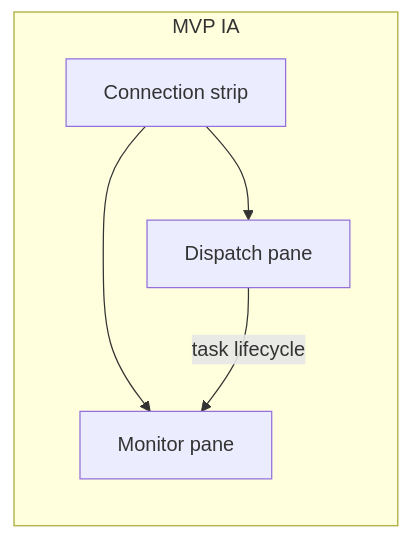
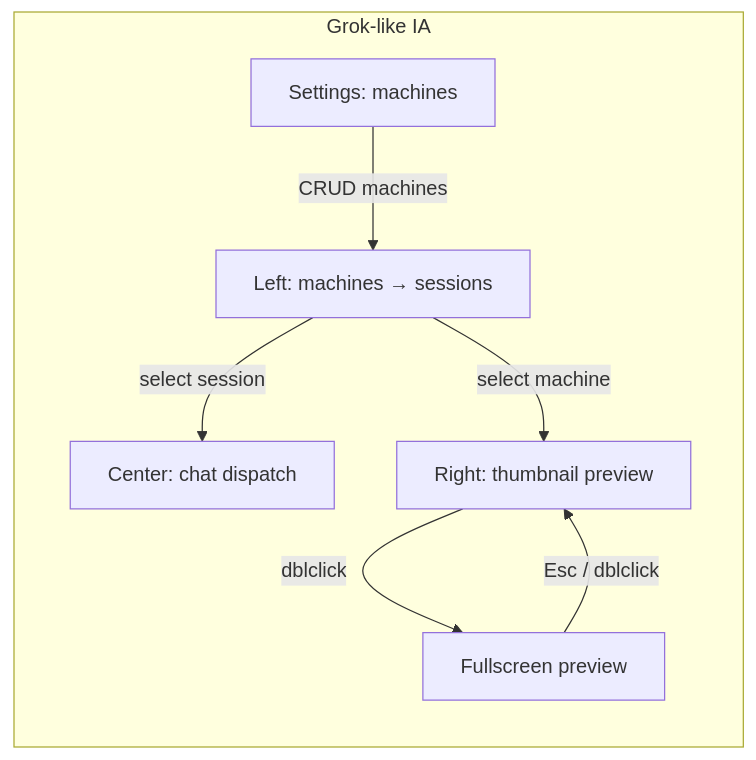
Before and after one commit to CooCoode/mob: the second of 3 diagrams in docs/apps-mob-ui.md, drawn with Mermaid. The commit also changed other lines of this file and 2 other files, not shown here.

First line of the commit message:
docs(apps/mob): Grok-like three-column IA

````diff
--- a/docs/apps-mob-ui.md
+++ b/docs/apps-mob-ui.md
@@ -84,11 +104,15 @@
 ```mermaid
 flowchart LR
-  subgraph ia [MVP IA]
-    C[Connection strip]
-    D[Dispatch pane]
-    M[Monitor pane]
+  subgraph ia [Grok-like IA]
+    L[Left: machines → sessions]
+    C[Center: chat dispatch]
+    R[Right: thumbnail preview]
+    S[Settings: machines]
+    F[Fullscreen preview]
   end
-  C --> D
-  C --> M
-  D -->|task lifecycle| M
+  L -->|select session| C
+  L -->|select machine| R
+  S -->|CRUD machines| L
+  R -->|dblclick| F
+  F -->|Esc / dblclick| R
 ```
````
